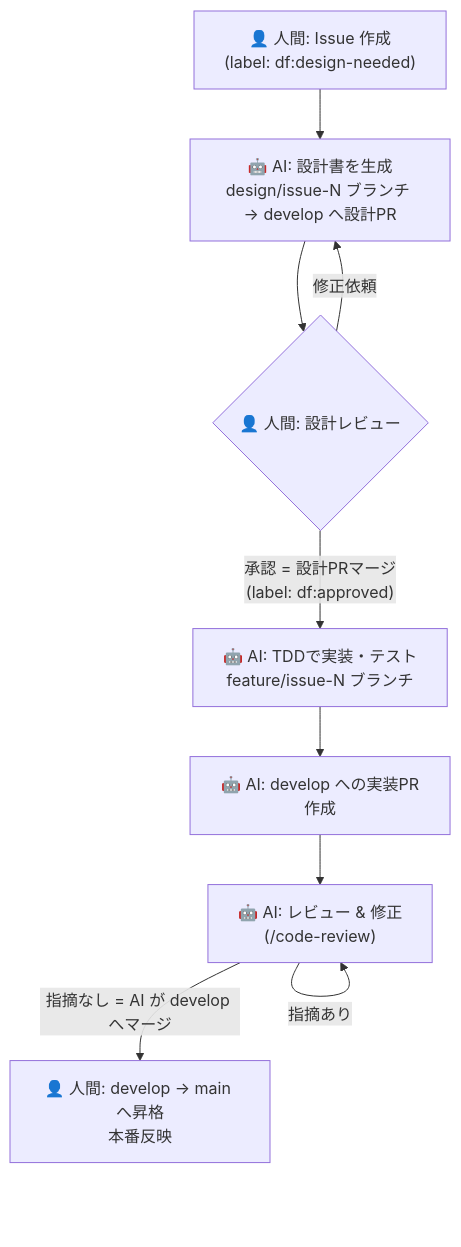
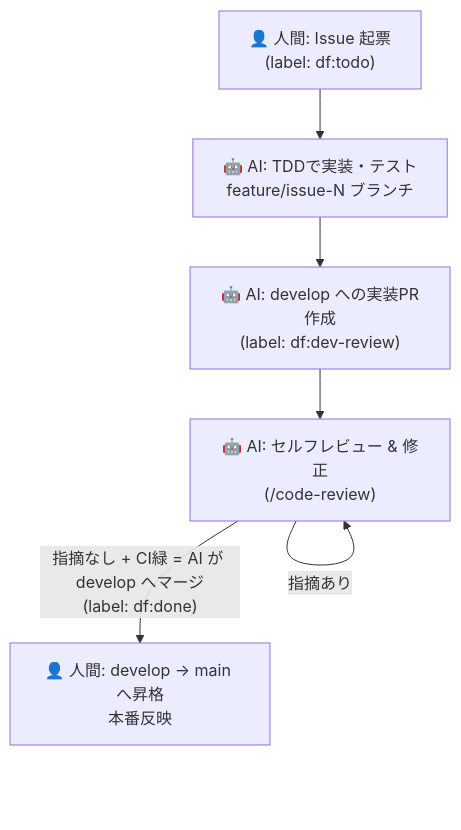
The diagram in docs/dark-factory-workflow.md (itizawa/hatchery), drawn with Mermaid before and after one commit. The commit also changed other lines of this file and 2 other files, not shown here.

````diff
--- a/docs/dark-factory-workflow.md
+++ b/docs/dark-factory-workflow.md
@@ -8,11 +9,8 @@
 ```mermaid
 flowchart TD
-    A["👤 人間: Issue 作成<br/>(label: df:design-needed)"] --> B["🤖 AI: 設計書を生成<br/>design/issue-N ブランチ → develop へ設計PR"]
-    B --> C{"👤 人間: 設計レビュー"}
-    C -- 修正依頼 --> B
-    C -- 承認 = 設計PRマージ<br/>(label: df:approved) --> D["🤖 AI: TDDで実装・テスト<br/>feature/issue-N ブランチ"]
-    D --> E["🤖 AI: develop への実装PR作成"]
-    E --> F["🤖 AI: レビュー & 修正<br/>(/code-review)"]
+    A["👤 人間: Issue 起票<br/>(label: df:todo)"] --> D["🤖 AI: TDDで実装・テスト<br/>feature/issue-N ブランチ"]
+    D --> E["🤖 AI: develop への実装PR作成<br/>(label: df:dev-review)"]
+    E --> F["🤖 AI: セルフレビュー & 修正<br/>(/code-review)"]
     F -- 指摘あり --> F
-    F -- 指摘なし = AI が develop へマージ --> H["👤 人間: develop → main へ昇格<br/>本番反映"]
+    F -- 指摘なし + CI緑 = AI が develop へマージ<br/>(label: df:done) --> H["👤 人間: develop → main へ昇格<br/>本番反映"]
 ```
````
